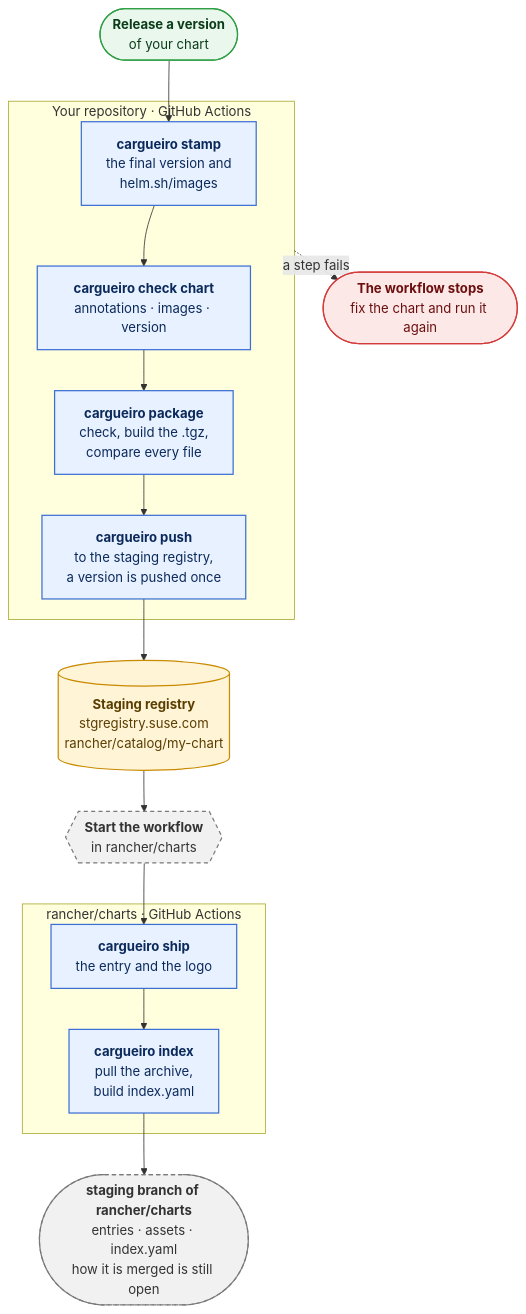
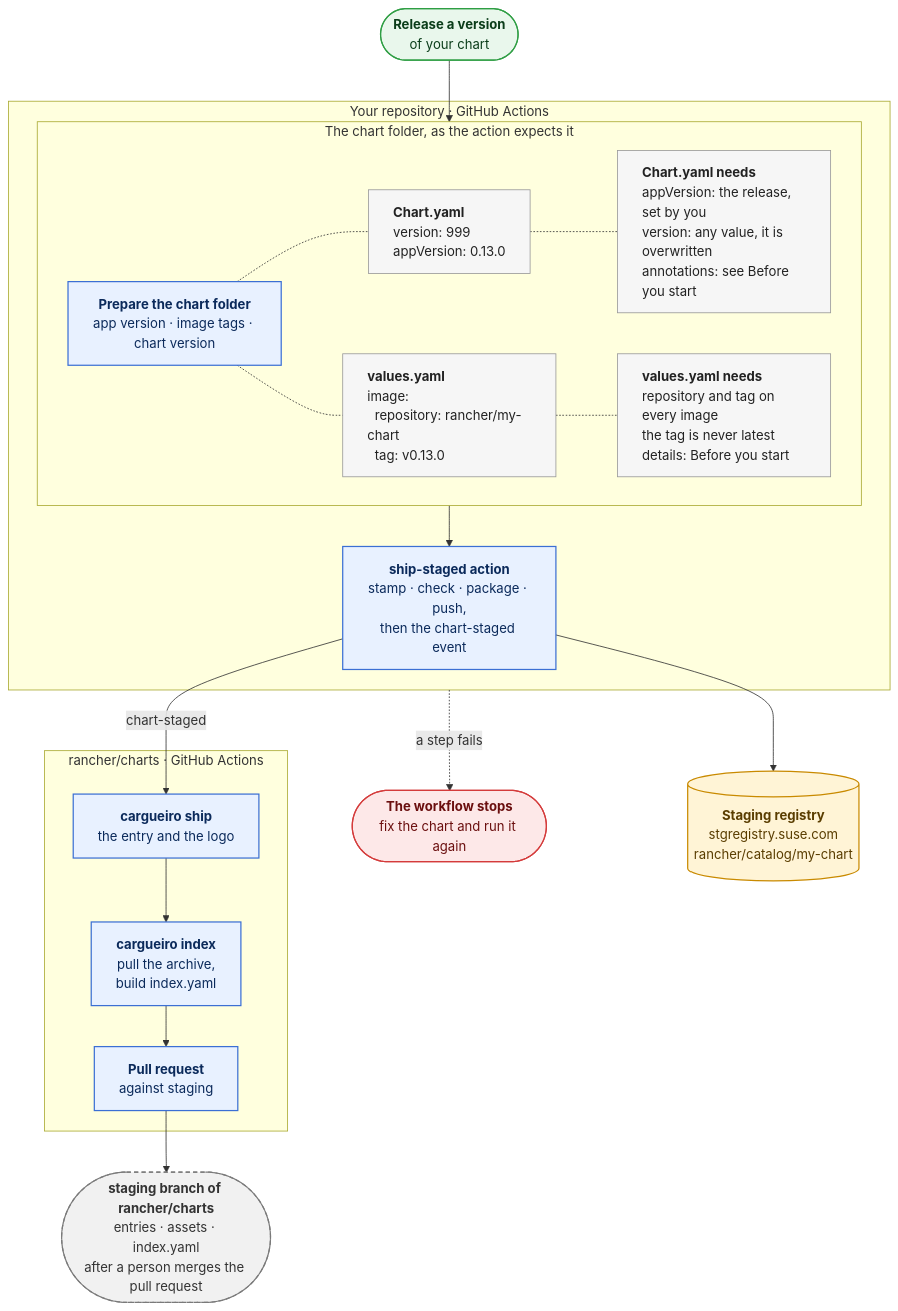
One commit to nicholasSUSE/cargueiro changed the diagram in docs/CHART_OWNER.md. Above: the diagram before and after it, drawn with Mermaid. The commit also changed other lines of this file, not shown here.

First line of the commit message:
docs(chart-owner): guide chart owners through the ship-staged action (#56)

````diff
--- a/docs/CHART_OWNER.md
+++ b/docs/CHART_OWNER.md
@@ -9,40 +100,52 @@
 ```mermaid
 flowchart TD
     start(["<b>Release a version</b><br/>of your chart"])
 
     subgraph owner["Your repository · GitHub Actions"]
-        stamp["<b>cargueiro stamp</b><br/>the final version and<br/>helm.sh/images"]
-        check["<b>cargueiro check chart</b><br/>annotations · images · version"]
-        package["<b>cargueiro package</b><br/>check, build the .tgz,<br/>compare every file"]
-        push["<b>cargueiro push</b><br/>to the staging registry,<br/>a version is pushed once"]
-        stamp --> check --> package --> push
+        subgraph prep["The chart folder, as the action expects it"]
+            direction LR
+            prepare["<b>Prepare the chart folder</b><br/>app version · image tags · chart version"]
+            chartFile["<b>Chart.yaml</b><br/>version: 999<br/>appVersion: 0.13.0"]
+            valuesFile["<b>values.yaml</b><br/>image:<br/>&nbsp;&nbsp;repository: rancher/my-chart<br/>&nbsp;&nbsp;tag: v0.13.0"]
+            chartRules["<b>Chart.yaml needs</b><br/>appVersion: the release, set by you<br/>version: any value, it is overwritten<br/>annotations: see Before you start"]
+            prepare -.- chartFile
+            chartFile -.- chartRules
+            valuesRules["<b>values.yaml needs</b><br/>repository and tag on every image<br/>the tag is never latest<br/>details: Before you start"]
+            prepare -.- valuesFile
+            valuesFile -.- valuesRules
+        end
+        action["<b>ship-staged action</b><br/>stamp · check · package · push,<br/>then the chart-staged event"]
+        prep --> action
     end
 
     failed(["<b>The workflow stops</b><br/>fix the chart and run it again"])
     registry[("<b>Staging registry</b><br/>stgregistry.suse.com<br/>rancher/catalog/my-chart")]
-    trigger{{"<b>Start the workflow</b><br/>in rancher/charts"}}
 
     subgraph charts["rancher/charts · GitHub Actions"]
         ship["<b>cargueiro ship</b><br/>the entry and the logo"]
         index["<b>cargueiro index</b><br/>pull the archive,<br/>build index.yaml"]
-        ship --> index
+        pr["<b>Pull request</b><br/>against staging"]
+        ship --> index --> pr
     end
 
-    staging(["<b>staging branch of rancher/charts</b><br/>entries · assets · index.yaml<br/>how it is merged is still open"])
+    staging(["<b>staging branch of rancher/charts</b><br/>entries · assets · index.yaml<br/>after a person merges the pull request"])
 
-    start --> stamp
+    start --> prep
     owner -. "a step fails" .-> failed
-    push --> registry --> trigger --> ship
-    index --> staging
+    action --> registry
+    action -- "chart-staged" --> ship
+    pr --> staging
 
     classDef cmd fill:#e8f1ff,stroke:#3b6fd4,stroke-width:1.5px,color:#0b2a5b
     classDef store fill:#fff4d6,stroke:#c98a00,stroke-width:1.5px,color:#5a3d00
     classDef stop fill:#fde8e8,stroke:#d43b3b,stroke-width:1.5px,color:#6b0f0f
     classDef todo fill:#f1f1f1,stroke:#7a7a7a,stroke-width:1.5px,stroke-dasharray:5 4,color:#333
     classDef begin fill:#e9f7ec,stroke:#2f9e44,stroke-width:1.5px,color:#0b3d1a
-    class stamp,check,package,push,ship,index cmd
+    classDef file fill:#f6f6f6,stroke:#999,stroke-width:1px,color:#222,text-align:left
+    class prepare,action,ship,index,pr cmd
+    class chartFile,chartRules,valuesFile,valuesRules file
     class registry store
     class failed stop
-    class trigger,staging todo
+    class staging todo
     class start begin
 ```
````
